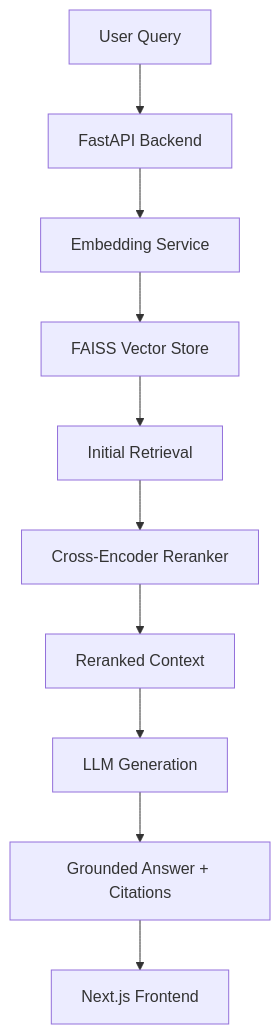
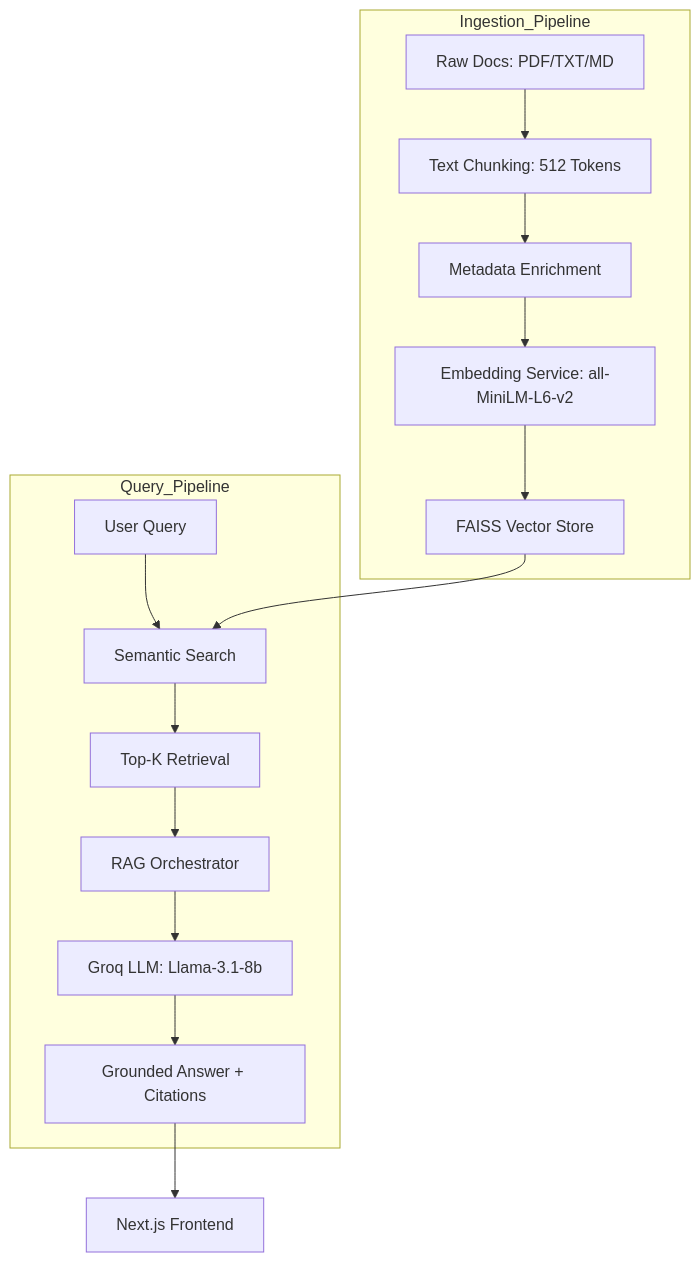
Before and after one commit to vinaykumarbharwal/semantic-search-rag: the diagram in README.md, drawn with Mermaid. The commit also changed other lines of this file and 13 other files, not shown here.

Commit message:
refactor: migrate to Groq-powered RAG architecture with updated project structure and documentation

````diff
--- a/README.md
+++ b/README.md
@@ -10,12 +15,20 @@
 ```mermaid
 graph TD
-    A[User Query] --> B[FastAPI Backend]
-    B --> C[Embedding Service]
-    C --> D[FAISS Vector Store]
-    D --> E[Initial Retrieval]
-    E --> F[Cross-Encoder Reranker]
-    F --> G[Reranked Context]
-    G --> H[LLM Generation]
-    H --> I[Grounded Answer + Citations]
-    I --> J[Next.js Frontend]
+    subgraph Ingestion_Pipeline
+        A[Raw Docs: PDF/TXT/MD] --> B[Text Chunking: 512 Tokens]
+        B --> C[Metadata Enrichment]
+        C --> D[Embedding Service: all-MiniLM-L6-v2]
+        D --> E[FAISS Vector Store]
+    end
+
+    subgraph Query_Pipeline
+        F[User Query] --> G[Semantic Search]
+        E --> G
+        G --> H[Top-K Retrieval]
+        H --> I[RAG Orchestrator]
+        I --> J[Groq LLM: Llama-3.1-8b]
+        J --> K[Grounded Answer + Citations]
+    end
+
+    K --> L[Next.js Frontend]
 ```
````
